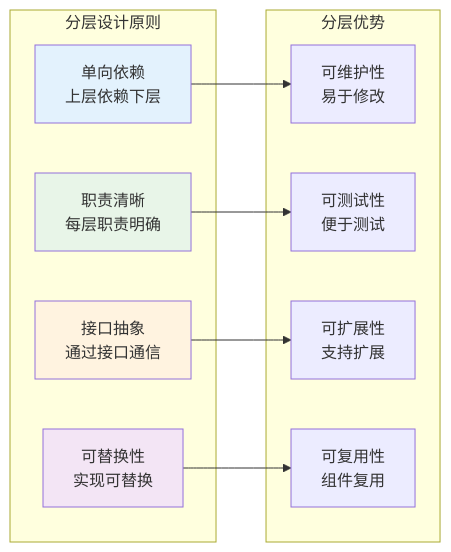
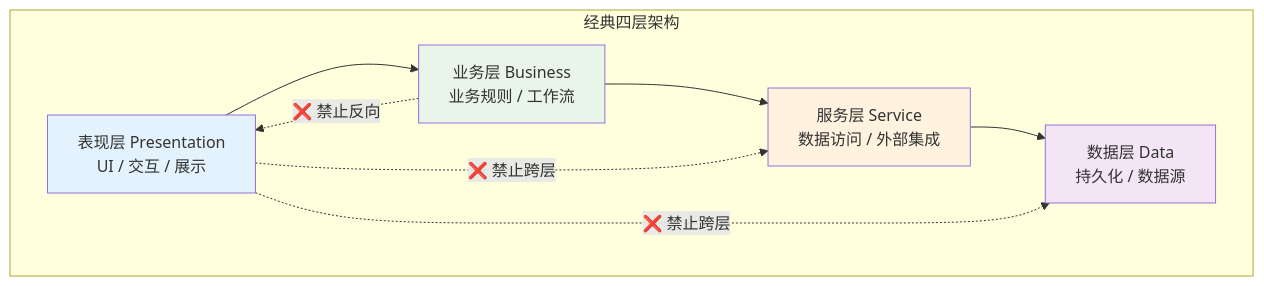
The sixth of 17 diagrams in 00.通用技术的提升/07.方案设计思想/卷一-架构与组件/01.通用架构设计方案.md (chongyang211/YCBookBlog), drawn with Mermaid before and after one commit. The commit also changed other lines of this file and 5 other files, not shown here.

````diff
--- a/00.通用技术的提升/07.方案设计思想/卷一-架构与组件/01.通用架构设计方案.md
+++ b/00.通用技术的提升/07.方案设计思想/卷一-架构与组件/01.通用架构设计方案.md
@@ -350,26 +240,22 @@
 ```mermaid
-graph LR
-    subgraph "分层设计原则"
-        A[单向依赖<br/>上层依赖下层]
-        B[职责清晰<br/>每层职责明确]
-        C[接口抽象<br/>通过接口通信]
-        D[可替换性<br/>实现可替换]
+graph TB
+    subgraph "经典四层架构"
+        P[表现层 Presentation<br/>UI / 交互 / 展示]
+        B[业务层 Business<br/>业务规则 / 工作流]
+        S[服务层 Service<br/>数据访问 / 外部集成]
+        D[数据层 Data<br/>持久化 / 数据源]
     end
     
-    subgraph "分层优势"
-        E[可维护性<br/>易于修改]
-        F[可测试性<br/>便于测试]
-        G[可扩展性<br/>支持扩展]
-        H[可复用性<br/>组件复用]
-    end
+    P --> B
+    B --> S
+    S --> D
     
-    A --> E
-    B --> F
-    C --> G
-    D --> H
+    P -. ❌ 禁止跨层 .-> S
+    P -. ❌ 禁止跨层 .-> D
+    B -. ❌ 禁止反向 .-> P
     
-    style A fill:#e3f2fd
+    style P fill:#e3f2fd
     style B fill:#e8f5e8
-    style C fill:#fff3e0
+    style S fill:#fff3e0
     style D fill:#f3e5f5
 ```
````
